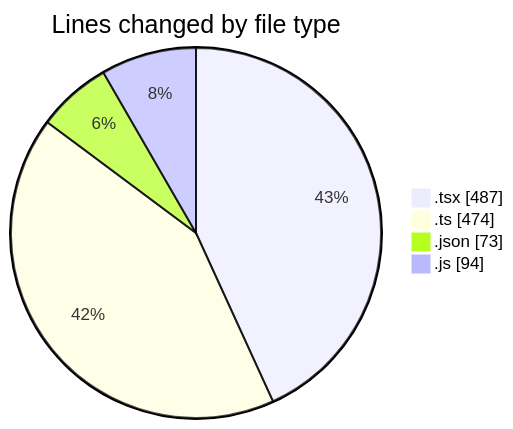
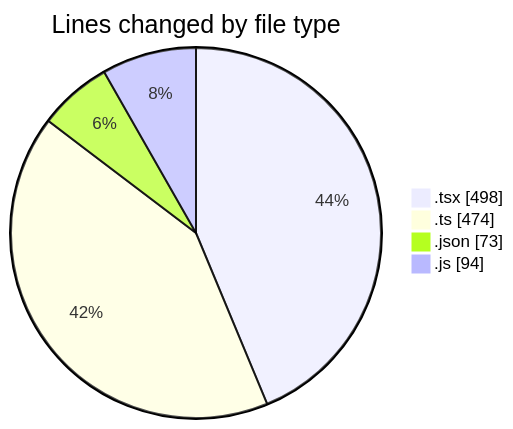
The first of 2 diagrams in 2025-01-20/mbc-web/README.md (robertbonfada/code-tracking), drawn with Mermaid before and after one commit. The commit also changed other lines of this file and 1 other file, not shown here.

````diff
--- a/2025-01-20/mbc-web/README.md
+++ b/2025-01-20/mbc-web/README.md
@@ -32,8 +32,8 @@
 ```mermaid
 pie showData
 title Lines changed by file type
-".tsx" : 487
+".tsx" : 498
 ".ts" : 474
 ".json" : 73
 ".js" : 94
 ```
````
